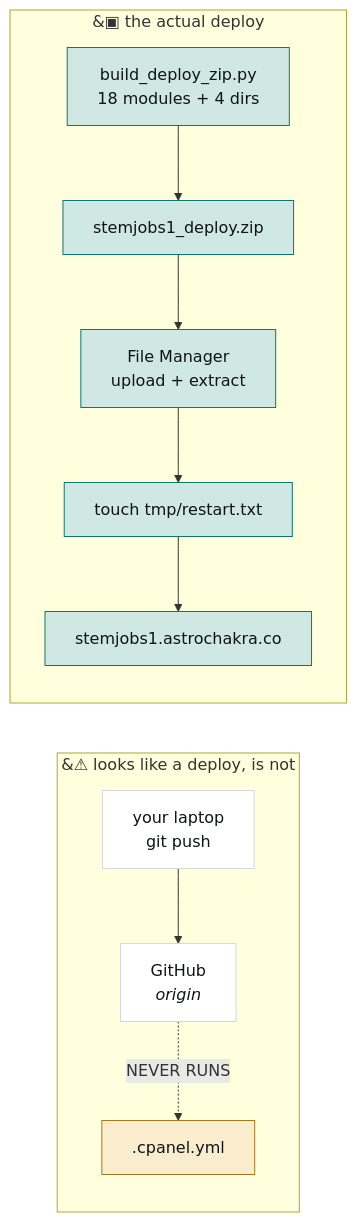
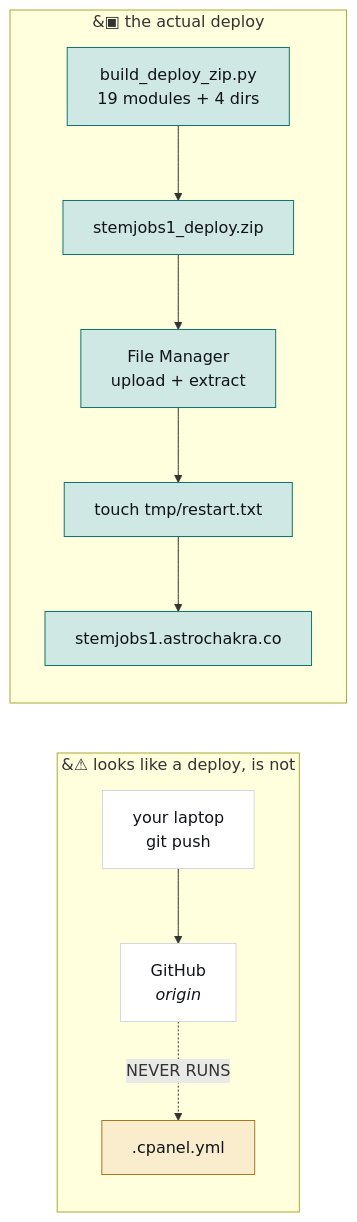
One commit to hadakunal909-debug/job-search-tool changed the third of 4 diagrams in JobMatch Scraper/docs/ARCHITECTURE.md. Above: the diagram before and after it, drawn with Mermaid. The commit also changed other lines of this file and 21 other files, not shown here.

````diff
--- a/JobMatch Scraper/docs/ARCHITECTURE.md
+++ b/JobMatch Scraper/docs/ARCHITECTURE.md
@@ -183,18 +183,18 @@
 ```mermaid
 flowchart LR
   subgraph BAD["&#9888; looks like a deploy, is not"]
     L["your laptop<br/>git push"] --> G["GitHub<br/><i>origin</i>"]
     G -.->|"NEVER RUNS"| C[".cpanel.yml"]
   end
   subgraph GOOD["&#9635; the actual deploy"]
-    B["build_deploy_zip.py<br/>18 modules + 4 dirs"] --> Z["stemjobs1_deploy.zip"]
+    B["build_deploy_zip.py<br/>19 modules + 4 dirs"] --> Z["stemjobs1_deploy.zip"]
     Z --> U["File Manager<br/>upload + extract"]
     U --> T["touch tmp/restart.txt"] --> LIVE["stemjobs1.astrochakra.co"]
   end
   classDef trap fill:#f9edcd,stroke:#a8781a,color:#101319
   classDef sched fill:#cfe8e3,stroke:#0f766e,color:#101319
   classDef plain fill:#ffffff,stroke:#d3d7df,color:#101319
   class C trap
   class B,Z,U,T,LIVE sched
   class L,G plain
 ```
````
